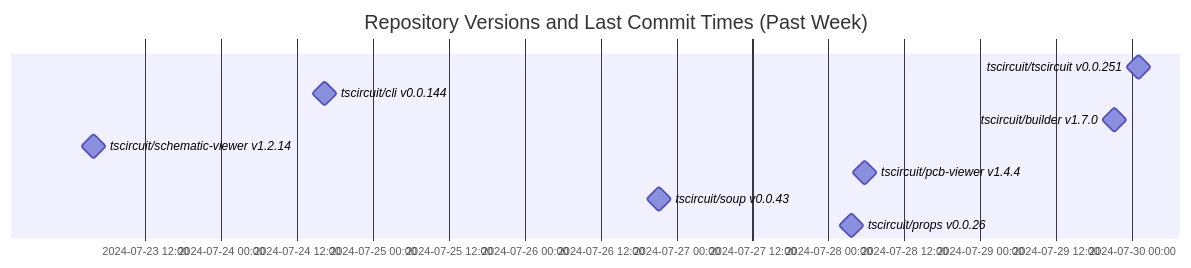
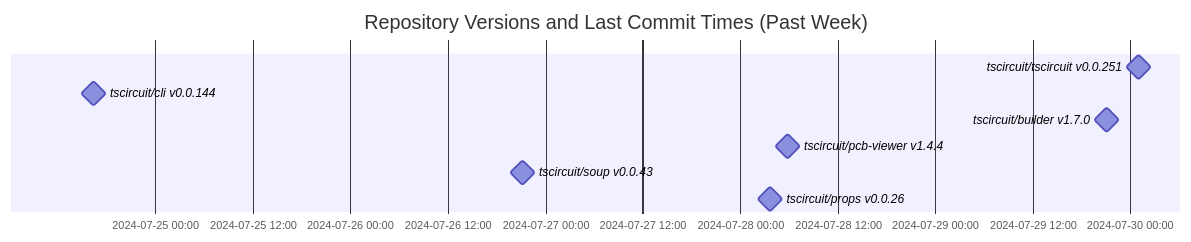
Before and after one commit to tscircuit/version-tracker: the diagram in README.md, drawn with Mermaid.

Commit message:
Update chart

````diff
--- a/README.md
+++ b/README.md
@@ -1,14 +1,13 @@
 ```mermaid
 gantt
   dateFormat  YYYY-MM-DD HH:mm:ss
   title Repository Versions and Last Commit Times (Past Week)
   axisFormat %Y-%m-%d %H:%M
 
   tscircuit/tscircuit v0.0.251 : milestone, 2024-07-30 01:00:56, 1s
   tscircuit/cli v0.0.144 : milestone, 2024-07-24 16:24:13, 1s
   tscircuit/builder v1.7.0 : milestone, 2024-07-29 21:06:30, 1s
-  tscircuit/schematic-viewer v1.2.14 : milestone, 2024-07-23 03:50:56, 1s
   tscircuit/pcb-viewer v1.4.4 : milestone, 2024-07-28 05:46:25, 1s
   tscircuit/soup v0.0.43 : milestone, 2024-07-26 21:15:18, 1s
   tscircuit/props v0.0.26 : milestone, 2024-07-28 03:42:14, 1s
 ```
````
